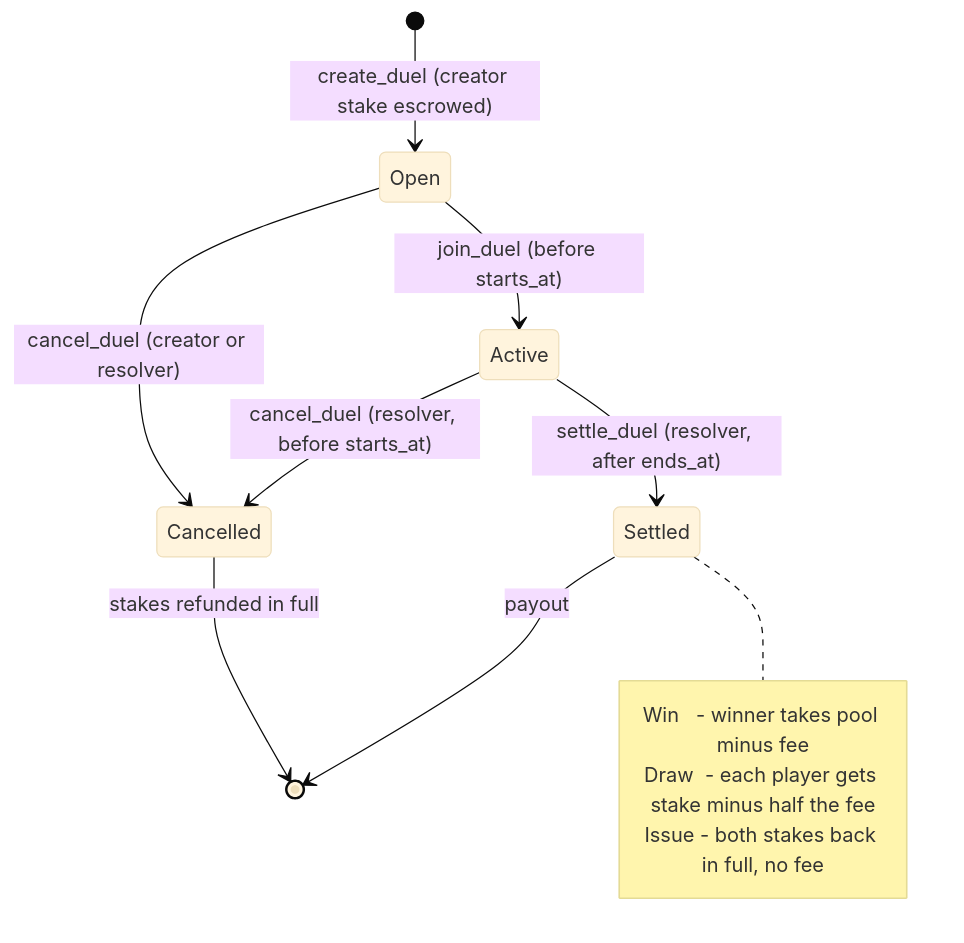
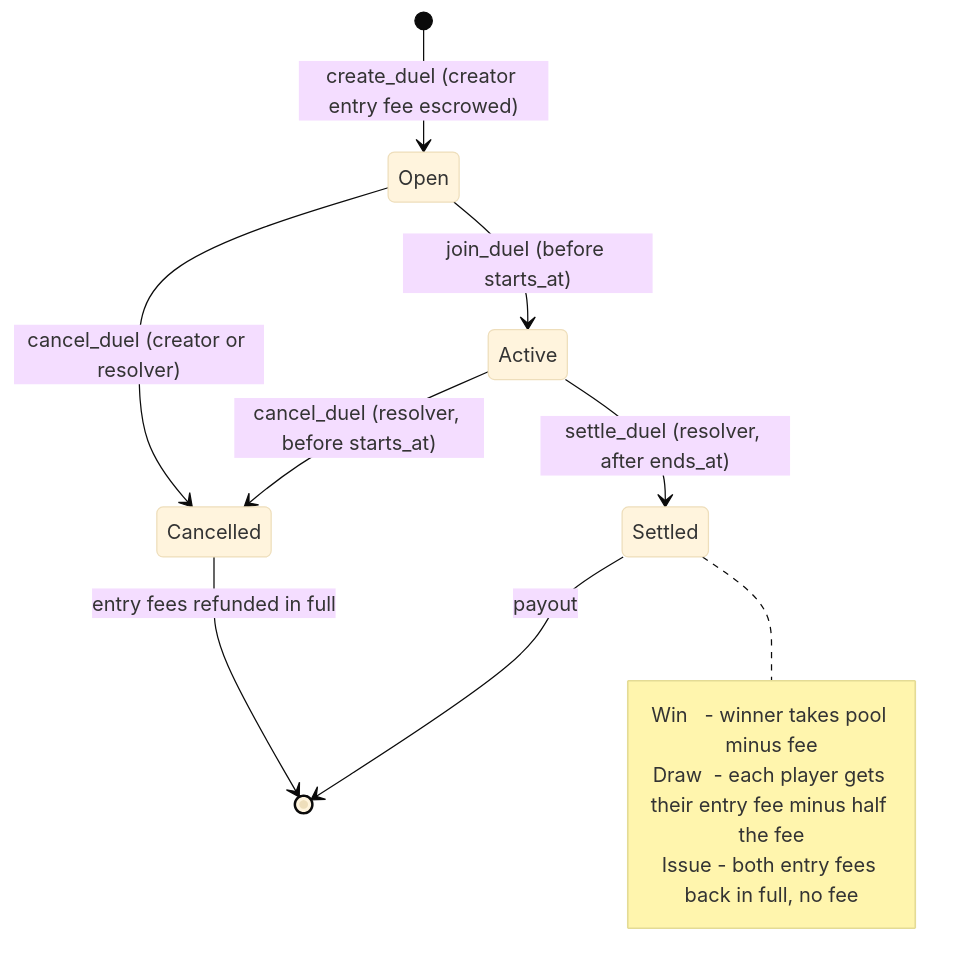
One commit to tradefighters/stellar-integration changed the first of 3 diagrams in docs/CONTRACTS.md. Above: the diagram before and after it, drawn with Mermaid (base theme). The commit also changed other lines of this file and 6 other files, not shown here.

````diff
--- a/docs/CONTRACTS.md
+++ b/docs/CONTRACTS.md
@@ -57,16 +57,16 @@
 ```mermaid
 stateDiagram-v2
-    [*] --> Open: create_duel (creator stake escrowed)
+    [*] --> Open: create_duel (creator entry fee escrowed)
     Open --> Active: join_duel (before starts_at)
     Open --> Cancelled: cancel_duel (creator or resolver)
     Active --> Cancelled: cancel_duel (resolver, before starts_at)
     Active --> Settled: settle_duel (resolver, after ends_at)
-    Cancelled --> [*]: stakes refunded in full
+    Cancelled --> [*]: entry fees refunded in full
     Settled --> [*]: payout
 
     note right of Settled
         Win   - winner takes pool minus fee
-        Draw  - each player gets stake minus half the fee
-        Issue - both stakes back in full, no fee
+        Draw  - each player gets their entry fee minus half the fee
+        Issue - both entry fees back in full, no fee
     end note
 ```
````
